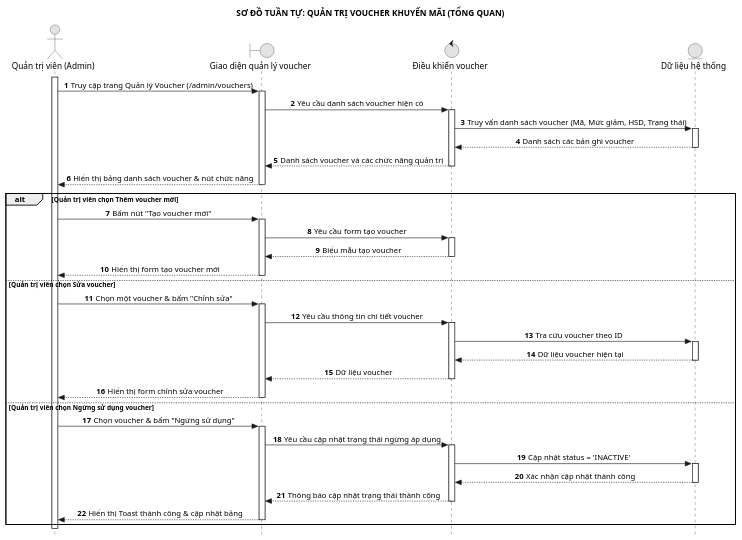
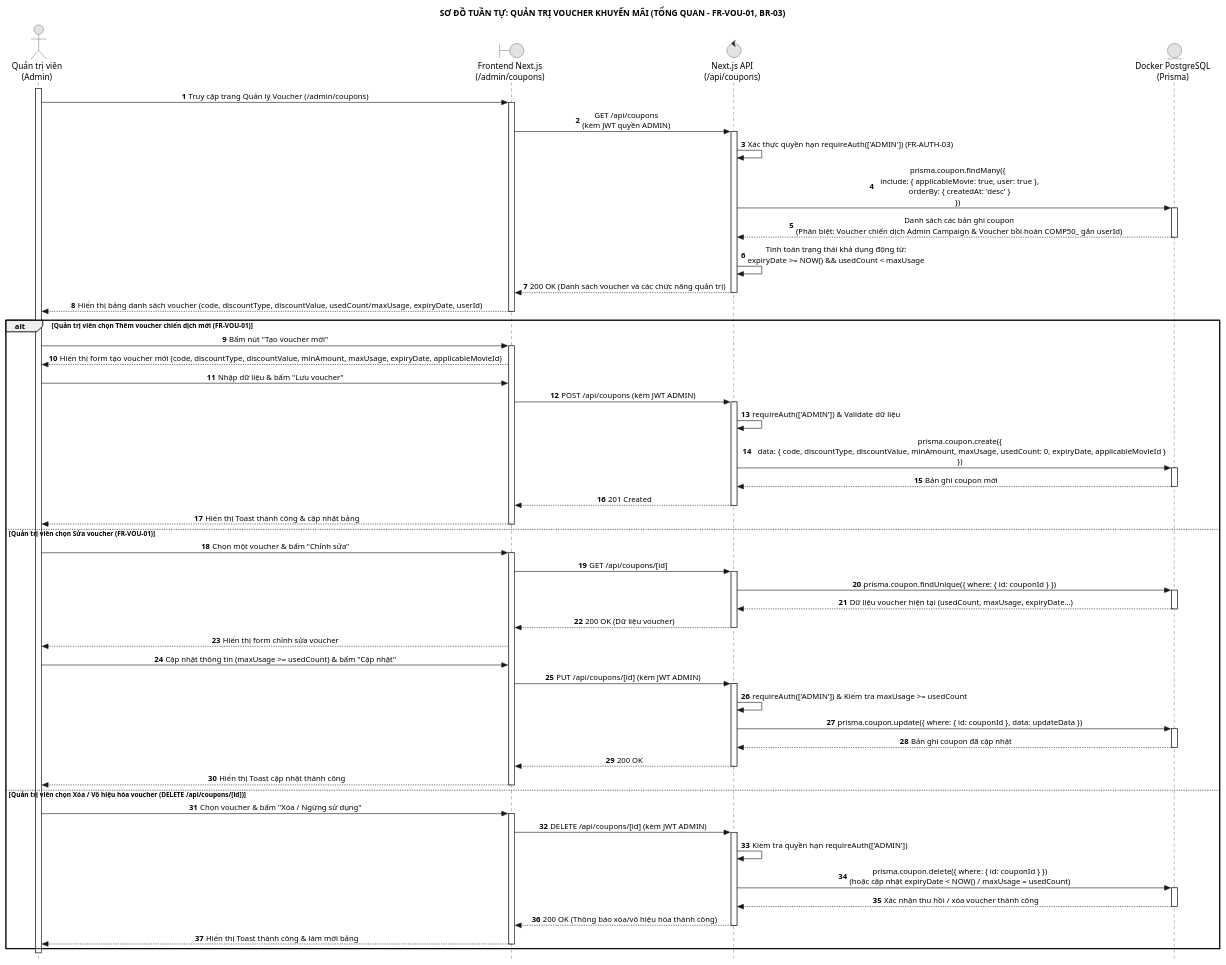
One commit to MaGiaVy/CinemaLUMI changed the diagram in Sequence/30_quan_ly_voucher_tong_quan.puml. Above: the diagram before and after it, drawn with PlantUML. The commit also changed 254 other files, not shown here.

Commit message:
feat(docs-uml): upgrade SRS to v2.0 and synchronize all 62 UML diagrams with codebase

```diff
--- a/Sequence/30_quan_ly_voucher_tong_quan.puml
+++ b/Sequence/30_quan_ly_voucher_tong_quan.puml
@@ -1,66 +1,87 @@
 @startuml 30_quan_ly_voucher_tong_quan
 hide footbox
 autonumber
 skinparam style strictuml
 skinparam monochrome true
 skinparam defaultTextAlignment center
 skinparam shadowing false
-title SƠ ĐỒ TUẦN TỰ: QUẢN TRỊ VOUCHER KHUYẾN MÃI (TỔNG QUAN)
+title SƠ ĐỒ TUẦN TỰ: QUẢN TRỊ VOUCHER KHUYẾN MÃI (TỔNG QUAN - FR-VOU-01, BR-03)
 
-actor "Quản trị viên (Admin)" as A
-boundary "Giao diện quản lý voucher" as UI
-control "Điều khiển voucher" as C
-entity "Dữ liệu hệ thống" as DB
+actor "Quản trị viên\n(Admin)" as A
+boundary "Frontend Next.js\n(/admin/coupons)" as UI
+control "Next.js API\n(/api/coupons)" as C
+entity "Docker PostgreSQL\n(Prisma)" as DB
 
 activate A
-A -> UI: Truy cập trang Quản lý Voucher (/admin/vouchers)
+A -> UI: Truy cập trang Quản lý Voucher (/admin/coupons)
 activate UI
-UI -> C: Yêu cầu danh sách voucher hiện có
+UI -> C: GET /api/coupons\n(kèm JWT quyền ADMIN)
 activate C
-C -> DB: Truy vấn danh sách voucher (Mã, Mức giảm, HSD, Trạng thái)
+C -> C: Xác thực quyền hạn requireAuth(['ADMIN']) (FR-AUTH-03)
+C -> DB: prisma.coupon.findMany({\n  include: { applicableMovie: true, user: true },\n  orderBy: { createdAt: 'desc' }\n})
 activate DB
-DB --> C: Danh sách các bản ghi voucher
+DB --> C: Danh sách các bản ghi coupon\n(Phân biệt: Voucher chiến dịch Admin Campaign & Voucher bồi hoàn COMP50_ gắn userId)
 deactivate DB
-C --> UI: Danh sách voucher và các chức năng quản trị
+C -> C: Tính toán trạng thái khả dụng động từ:\nexpiryDate >= NOW() && usedCount < maxUsage
+C --> UI: 200 OK (Danh sách voucher và các chức năng quản trị)
 deactivate C
-UI --> A: Hiển thị bảng danh sách voucher & nút chức năng
+UI --> A: Hiển thị bảng danh sách voucher (code, discountType, discountValue, usedCount/maxUsage, expiryDate, userId)
 deactivate UI
 
-alt Quản trị viên chọn Thêm voucher mới
+alt Quản trị viên chọn Thêm voucher chiến dịch mới (FR-VOU-01)
     A -> UI: Bấm nút "Tạo voucher mới"
     activate UI
-    UI -> C: Yêu cầu form tạo voucher
+    UI --> A: Hiển thị form tạo voucher mới (code, discountType, discountValue, minAmount, maxUsage, expiryDate, applicableMovieId)
+    A -> UI: Nhập dữ liệu & bấm "Lưu voucher"
+    UI -> C: POST /api/coupons (kèm JWT ADMIN)
     activate C
-    C --> UI: Biểu mẫu tạo voucher
+    C -> C: requireAuth(['ADMIN']) & Validate dữ liệu
+    C -> DB: prisma.coupon.create({\n  data: { code, discountType, discountValue, minAmount, maxUsage, usedCount: 0, expiryDate, applicableMovieId }\n})
+    activate DB
+    DB --> C: Bản ghi coupon mới
+    deactivate DB
+    C --> UI: 201 Created
     deactivate C
-    UI --> A: Hiển thị form tạo voucher mới
+    UI --> A: Hiển thị Toast thành công & cập nhật bảng
     deactivate UI
-else Quản trị viên chọn Sửa voucher
+else Quản trị viên chọn Sửa voucher (FR-VOU-01)
     A -> UI: Chọn một voucher & bấm "Chỉnh sửa"
     activate UI
-    UI -> C: Yêu cầu thông tin chi tiết voucher
+    UI -> C: GET /api/coupons/[id]
     activate C
-    C -> DB: Tra cứu voucher theo ID
+    C -> DB: prisma.coupon.findUnique({ where: { id: couponId } })
     activate DB
-    DB --> C: Dữ liệu voucher hiện tại
+    DB --> C: Dữ liệu voucher hiện tại (usedCount, maxUsage, expiryDate...)
     deactivate DB
-    C --> UI: Dữ liệu voucher
+    C --> UI: 200 OK (Dữ liệu voucher)
     deactivate C
     UI --> A: Hiển thị form chỉnh sửa voucher
+    A -> UI: Cập nhật thông tin (maxUsage >= usedCount) & bấm "Cập nhật"
+    UI -> C: PUT /api/coupons/[id] (kèm JWT ADMIN)
+    activate C
+    C -> C: requireAuth(['ADMIN']) & Kiểm tra maxUsage >= usedCount
+    C -> DB: prisma.coupon.update({ where: { id: couponId }, data: updateData })
+    activate DB
+    DB --> C: Bản ghi coupon đã cập nhật
+    deactivate DB
+    C --> UI: 200 OK
+    deactivate C
+    UI --> A: Hiển thị Toast cập nhật thành công
     deactivate UI
-else Quản trị viên chọn Ngừng sử dụng voucher
-    A -> UI: Chọn voucher & bấm "Ngừng sử dụng"
+else Quản trị viên chọn Xóa / Vô hiệu hóa voucher (DELETE /api/coupons/[id])
+    A -> UI: Chọn voucher & bấm "Xóa / Ngừng sử dụng"
     activate UI
-    UI -> C: Yêu cầu cập nhật trạng thái ngừng áp dụng
+    UI -> C: DELETE /api/coupons/[id] (kèm JWT ADMIN)
     activate C
-    C -> DB: Cập nhật status = 'INACTIVE'
+    C -> C: Kiểm tra quyền hạn requireAuth(['ADMIN'])
+    C -> DB: prisma.coupon.delete({ where: { id: couponId } })\n(hoặc cập nhật expiryDate < NOW() / maxUsage = usedCount)
     activate DB
-    DB --> C: Xác nhận cập nhật thành công
+    DB --> C: Xác nhận thu hồi / xóa voucher thành công
     deactivate DB
-    C --> UI: Thông báo cập nhật trạng thái thành công
+    C --> UI: 200 OK (Thông báo xóa/vô hiệu hóa thành công)
     deactivate C
-    UI --> A: Hiển thị Toast thành công & cập nhật bảng
+    UI --> A: Hiển thị Toast thành công & làm mới bảng
     deactivate UI
 end
 deactivate A
 @enduml
```
